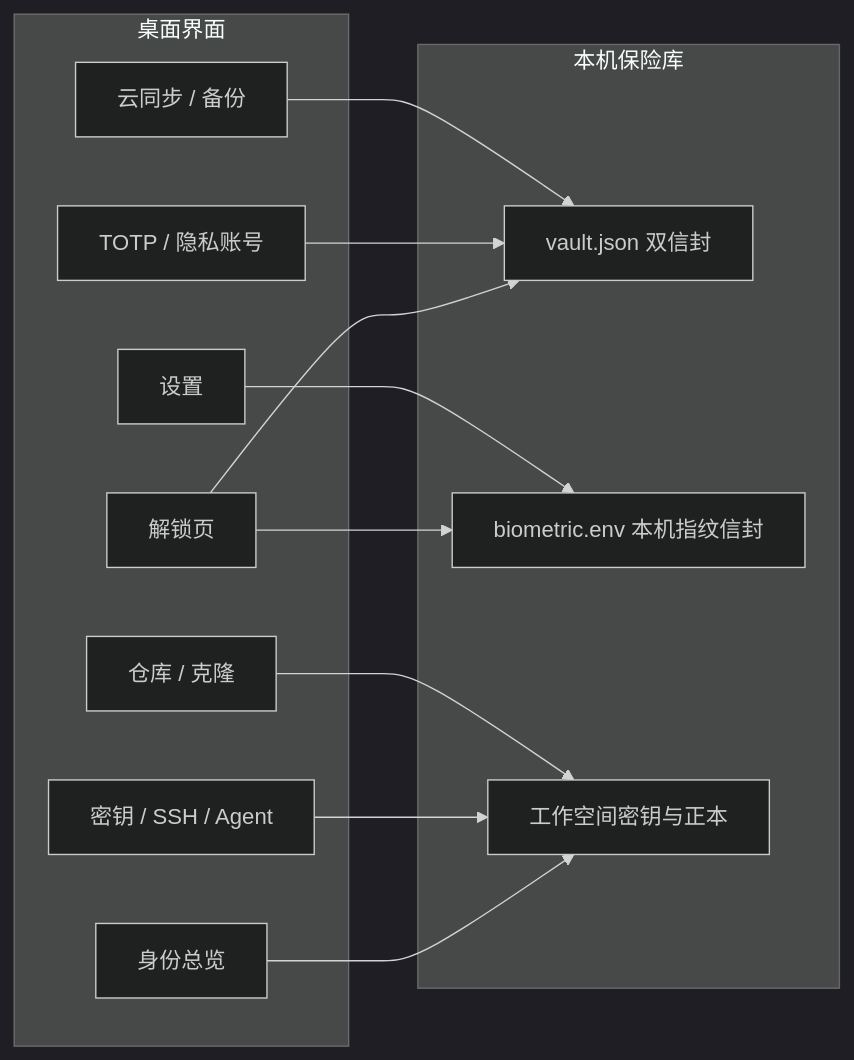
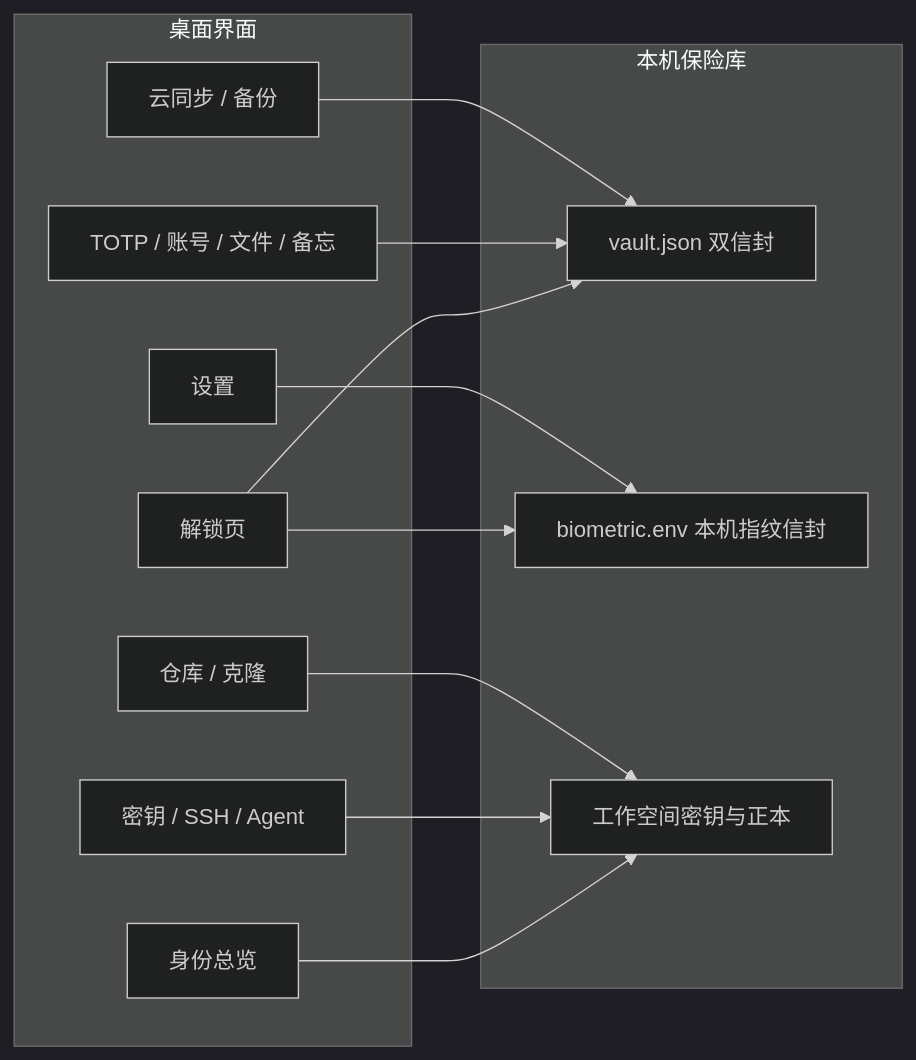
Before and after one commit to ice-juice/git-keymaster-app: the first of 2 diagrams in README.md, drawn with Mermaid (dark theme). The commit also changed other lines of this file and 88 other files, not shown here.

````diff
--- a/README.md
+++ b/README.md
@@ -141,25 +162,25 @@
 ```mermaid
 flowchart LR
   subgraph ui [桌面界面]
     Unlock[解锁页]
     Ident[身份总览]
     Keys[密钥 / SSH / Agent]
     Repos[仓库 / 克隆]
-    Secrets[TOTP / 隐私账号]
+    Secrets[TOTP / 账号 / 文件 / 备忘]
     Sync[云同步 / 备份]
     Settings[设置]
   end
   subgraph core [本机保险库]
     Vault[vault.json 双信封]
     Bio[biometric.env 本机指纹信封]
     WS[工作空间密钥与正本]
   end
   Unlock --> Vault
   Unlock --> Bio
   Ident --> WS
   Keys --> WS
   Repos --> WS
   Secrets --> Vault
   Sync --> Vault
   Settings --> Bio
 ```
````
